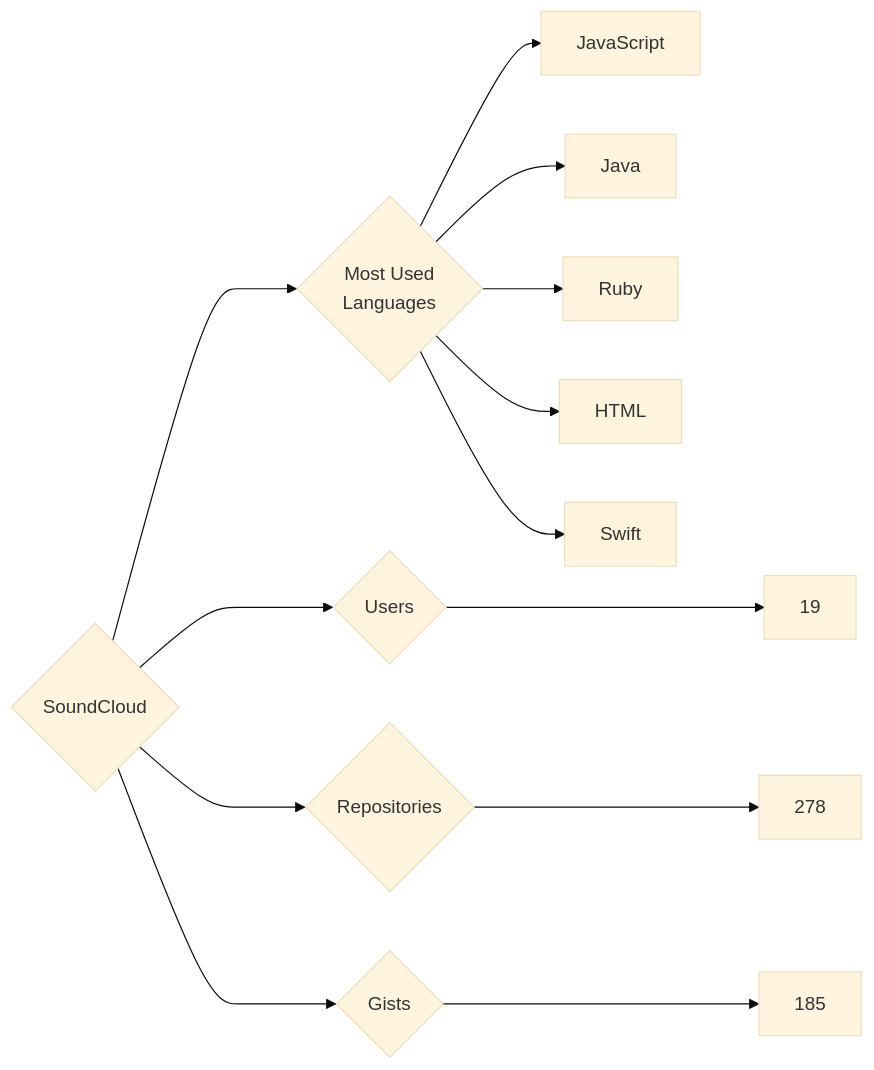
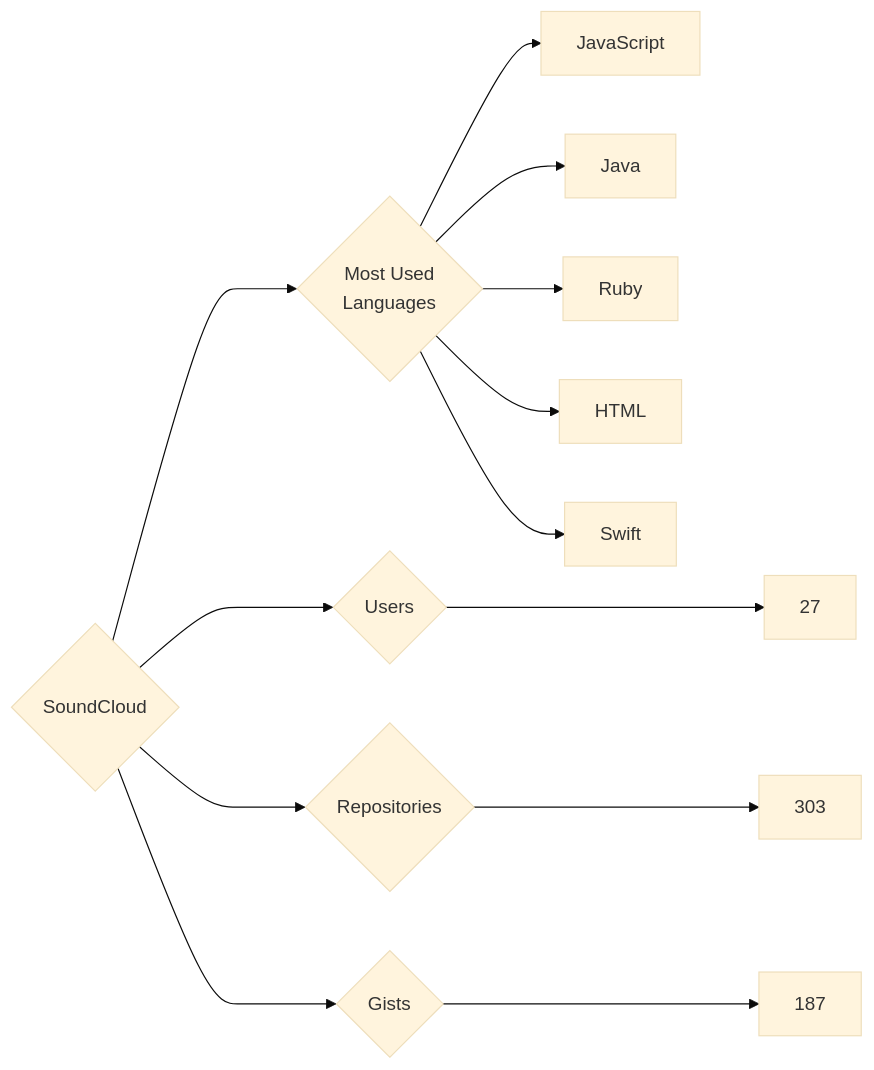
The diagram in targets/SoundCloud/README.md (trickest/insiders), drawn with Mermaid (base theme) before and after one commit. The commit also changed 939 other files, not shown here.

````diff
--- a/targets/SoundCloud/README.md
+++ b/targets/SoundCloud/README.md
@@ -3,13 +3,13 @@
 ```mermaid
 graph LR
 COMPANY_NAME{SoundCloud}
-COMPANY_NAME ---> U{Users} ---> UN[19]
-COMPANY_NAME ---> R{Repositories} ---> RN[278]
-COMPANY_NAME ---> G{Gists} ---> GN[185]
+COMPANY_NAME ---> U{Users} ---> UN[27]
+COMPANY_NAME ---> R{Repositories} ---> RN[303]
+COMPANY_NAME ---> G{Gists} ---> GN[187]
 COMPANY_NAME ---> ML{Most Used<br>Languages}
 ML --> JavaScript[JavaScript]
 ML --> Java[Java]
 ML --> Ruby[Ruby]
 ML --> HTML[HTML]
 ML --> Swift[Swift]
 ```
````
